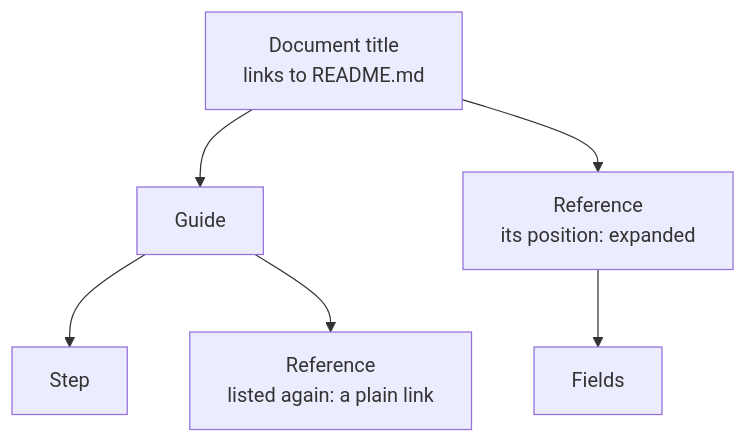
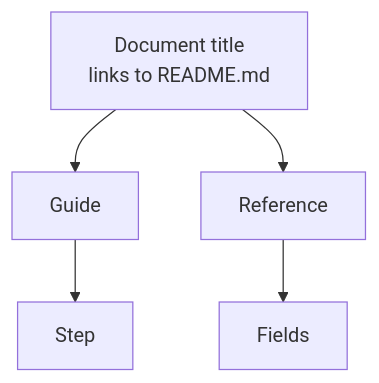
One commit to andrei512/devpage changed the diagram in docs/boxes/viewer/organizing-navigation/README.md. Above: the diagram before and after it, drawn with Mermaid. The commit also changed other lines of this file and 7 other files, not shown here.

````diff
--- a/docs/boxes/viewer/organizing-navigation/README.md
+++ b/docs/boxes/viewer/organizing-navigation/README.md
@@ -95,12 +95,10 @@
 ```mermaid
 flowchart TD
   title["Document title<br/>links to README.md"] --> guide["Guide"]
-  title --> ref1["Reference<br/>its position: expanded"]
+  title --> ref1["Reference"]
   guide --> step["Step"]
-  guide --> ref2["Reference<br/>listed again: a plain link"]
   ref1 --> fields["Fields"]
   click title href "../configuration-reference/README.md#site" "The root page"
   click guide href "#a-topics-section" "A Topics section"
-  click ref1 href "../navigation-tree/README.md#building-the-tree-and-stopping-cycles" "How repeats are stopped"
-  click ref2 href "../navigation-tree/README.md#building-the-tree-and-stopping-cycles" "How repeats are stopped"
+  click ref1 href "../navigation-tree/README.md#building-the-tree-and-stopping-cycles" "How repeats are left out"
 ```
````
